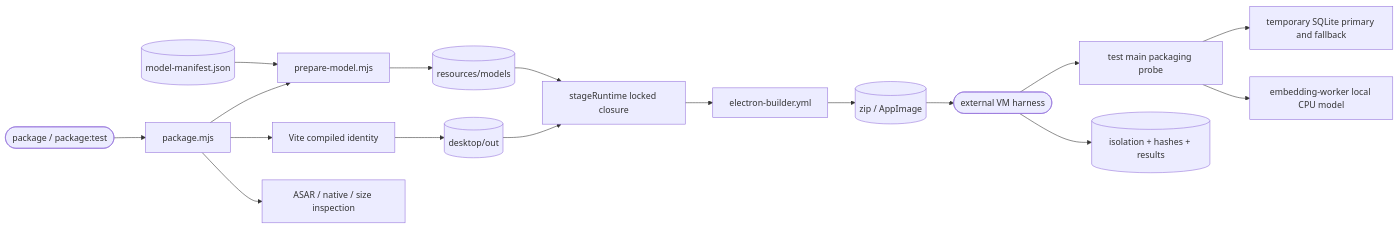
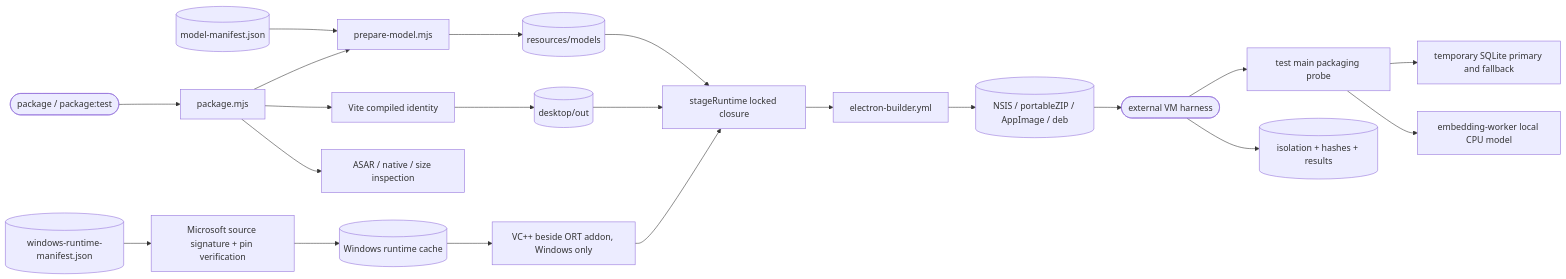
One commit to DDP-Engineering/2026_Virtual_Embedded_Rig_Assistant changed the diagram in .agentic/knowledge/native-packaging.md. Above: the diagram before and after it, drawn with Mermaid. The commit also changed other lines of this file and 36 other files, not shown here.

````diff
--- a/.agentic/knowledge/native-packaging.md
+++ b/.agentic/knowledge/native-packaging.md
@@ -66,19 +74,23 @@
 ```mermaid
 flowchart LR
   manifest[(model-manifest.json)] --> prepare[prepare-model.mjs]
   prepare --> models[(resources/models)]
   command([package / package:test]) --> package[package.mjs]
   package --> prepare
   package --> build[Vite compiled identity]
   build --> output[(desktop/out)]
   output --> stage[stageRuntime locked closure]
   models --> stage
+  crtManifest[(windows-runtime-manifest.json)] --> crtPrepare[Microsoft source signature + pin verification]
+  crtPrepare --> crtCache[(Windows runtime cache)]
+  crtCache --> crtNative[VC++ beside ORT addon, Windows only]
+  crtNative --> stage
   stage --> builder[electron-builder.yml]
-  builder --> artifact[(zip / AppImage)]
+  builder --> artifact[(NSIS / portableZIP / AppImage / deb)]
   package --> inspection[ASAR / native / size inspection]
   artifact --> host([external VM harness])
   host --> probe[test main packaging probe]
   probe --> sqlite[temporary SQLite primary and fallback]
   probe --> worker[embedding-worker local CPU model]
   host --> evidence[(isolation + hashes + results)]
 ```
````
